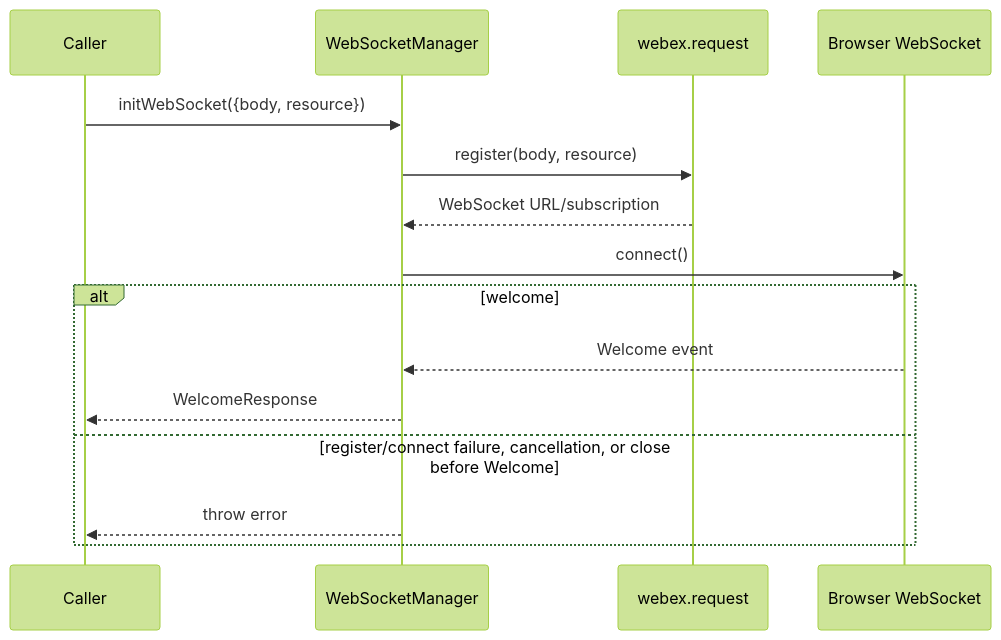
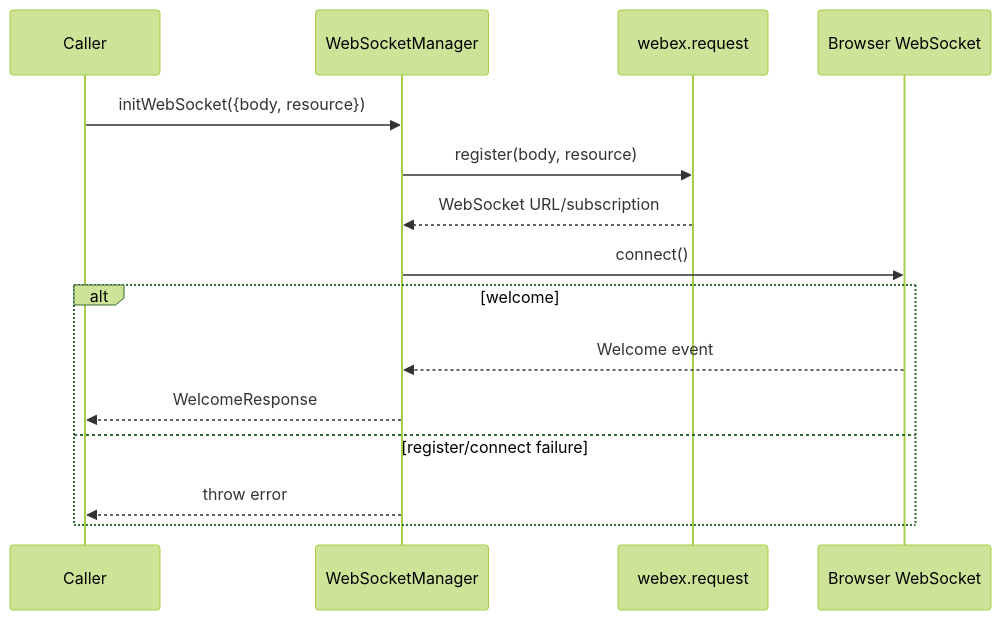
The fourth of 9 diagrams in packages/@webex/contact-center/src/services/core/ai-docs/core-spec.md (webex/webex-js-sdk), drawn with Mermaid (forest theme) before and after one commit. The commit also changed other lines of this file and 18 other files, not shown here.

````diff
--- a/packages/@webex/contact-center/src/services/core/ai-docs/core-spec.md
+++ b/packages/@webex/contact-center/src/services/core/ai-docs/core-spec.md
@@ -359,17 +359,17 @@
 ```mermaid
 sequenceDiagram
   participant Caller
   participant WSM as WebSocketManager
   participant Host as webex.request
   participant WS as Browser WebSocket
   Caller->>WSM: initWebSocket({body, resource})
   WSM->>Host: register(body, resource)
   Host-->>WSM: WebSocket URL/subscription
   WSM->>WS: connect()
   alt welcome
     WS-->>WSM: Welcome event
     WSM-->>Caller: WelcomeResponse
-  else register/connect failure, cancellation, or close before Welcome
+  else register/connect failure
     WSM-->>Caller: throw error
   end
 ```
````
